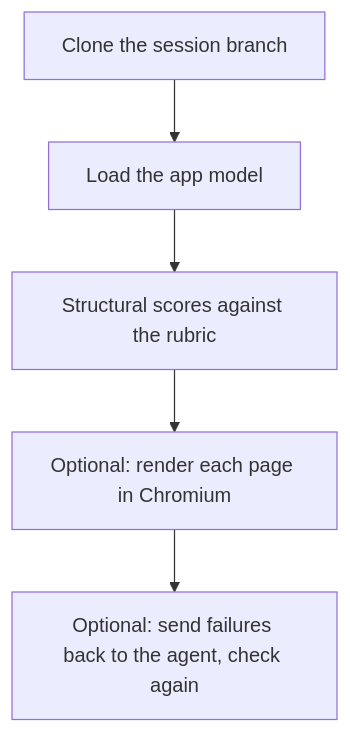
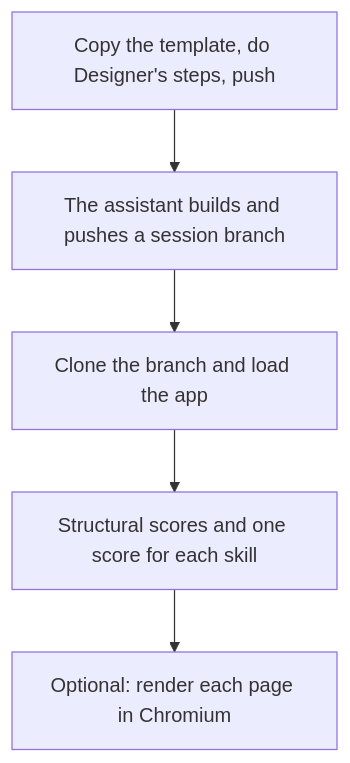
Before and after one commit to Altinn/altinn-studio: the second of 6 diagrams in src/AI/assistant/docs/modules/benchmarks.md, drawn with Mermaid. The commit also changed other lines of this file and 29 other files, not shown here.

First line of the commit message:
feat(assistant): run the e2e bench on the v8 and v9 app templates

````diff
--- a/src/AI/assistant/docs/modules/benchmarks.md
+++ b/src/AI/assistant/docs/modules/benchmarks.md
@@ -35,7 +33,7 @@
 ```mermaid
 flowchart TD
-  A["Clone the session branch"] --> B["Load the app model"]
-  B --> C["Structural scores against the rubric"]
+  T["Copy the template, do Designer's steps, push"] --> A["The assistant builds and pushes a session branch"]
+  A --> B["Clone the branch and load the app"]
+  B --> C["Structural scores and one score for each skill"]
   C --> D["Optional: render each page in Chromium"]
-  D --> E["Optional: send failures back to the agent, check again"]
 ```
````
